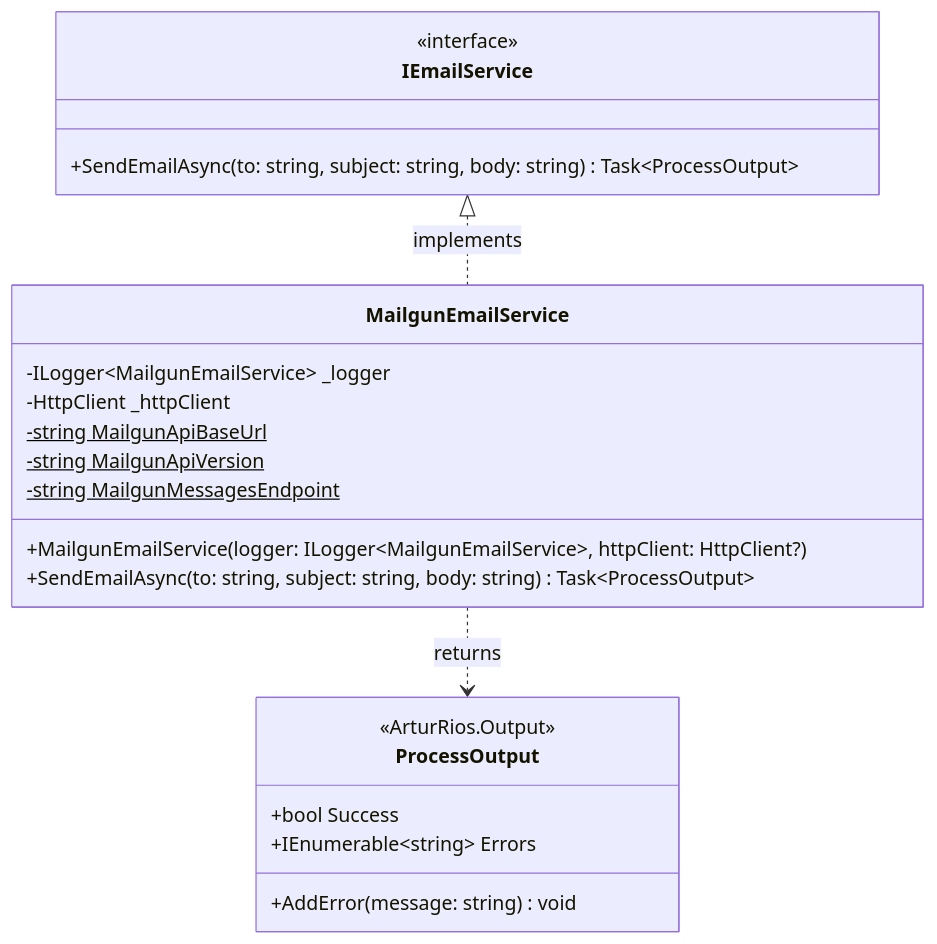
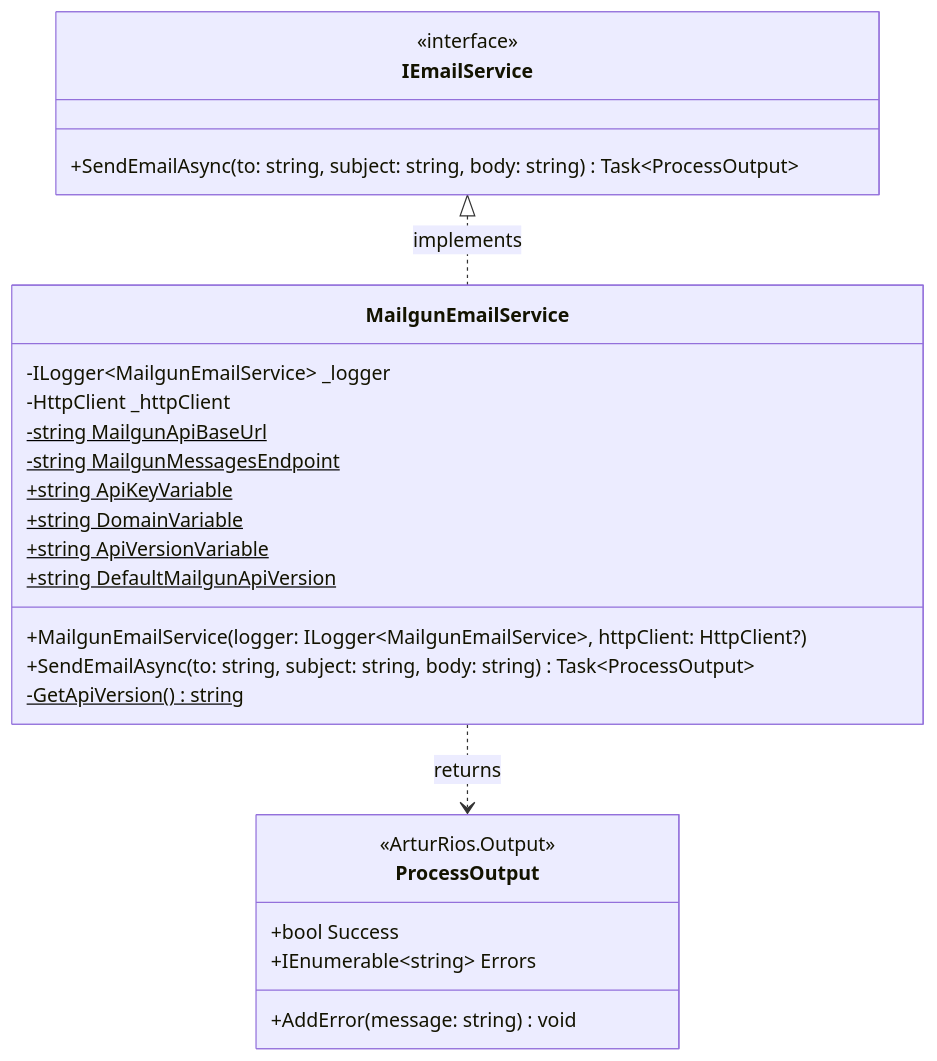
The diagram in README.md (artur-rios/dotnet-messaging), drawn with Mermaid before and after one commit. The commit also changed other lines of this file and 5 other files, not shown here.

First line of the commit message:
feat: make mailgun api version configurable

````diff
--- a/README.md
+++ b/README.md
@@ -102,27 +106,31 @@
 ```mermaid
 classDiagram
     class IEmailService {
         <<interface>>
         +SendEmailAsync(to: string, subject: string, body: string) Task~ProcessOutput~
     }
 
     class MailgunEmailService {
         -ILogger~MailgunEmailService~ _logger
         -HttpClient _httpClient
         -string MailgunApiBaseUrl$
-        -string MailgunApiVersion$
         -string MailgunMessagesEndpoint$
+        +string ApiKeyVariable$
+        +string DomainVariable$
+        +string ApiVersionVariable$
+        +string DefaultMailgunApiVersion$
         +MailgunEmailService(logger: ILogger~MailgunEmailService~, httpClient: HttpClient?)
         +SendEmailAsync(to: string, subject: string, body: string) Task~ProcessOutput~
+        -GetApiVersion() string$
     }
 
     class ProcessOutput {
         <<ArturRios.Output>>
         +bool Success
         +IEnumerable~string~ Errors
         +AddError(message: string) void
     }
 
     IEmailService <|.. MailgunEmailService : implements
     MailgunEmailService ..> ProcessOutput : returns
 ```
````
